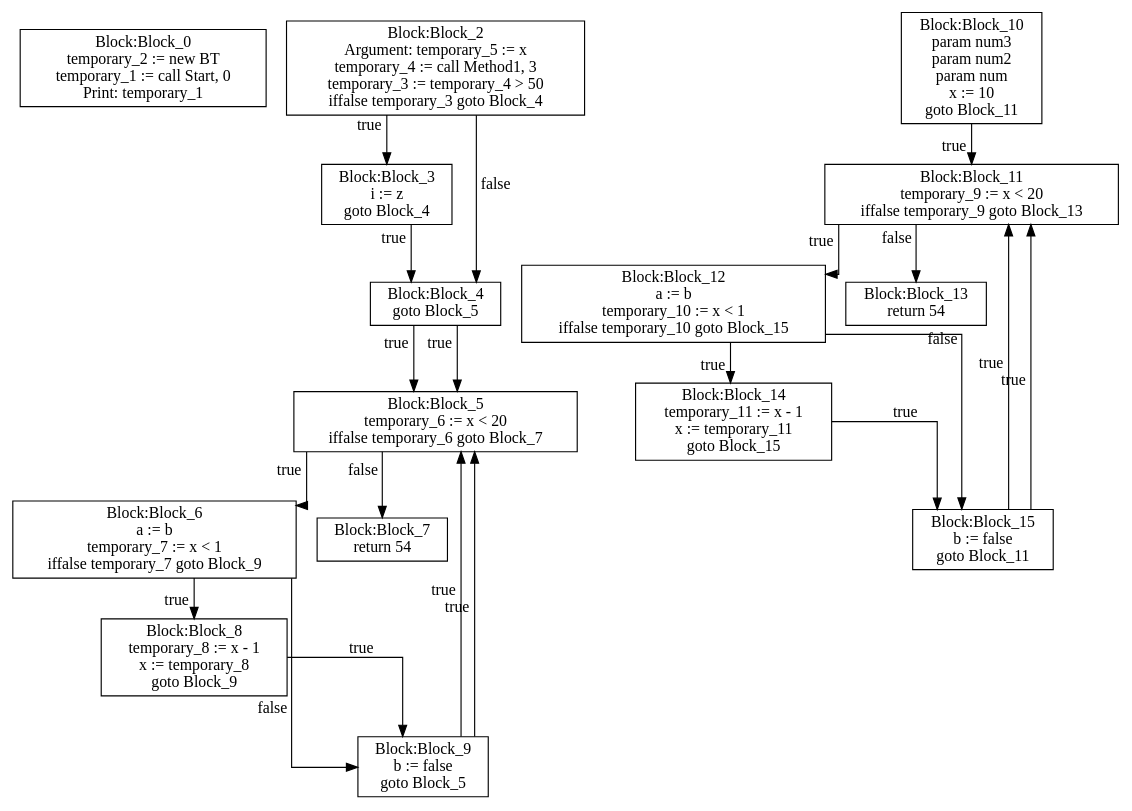
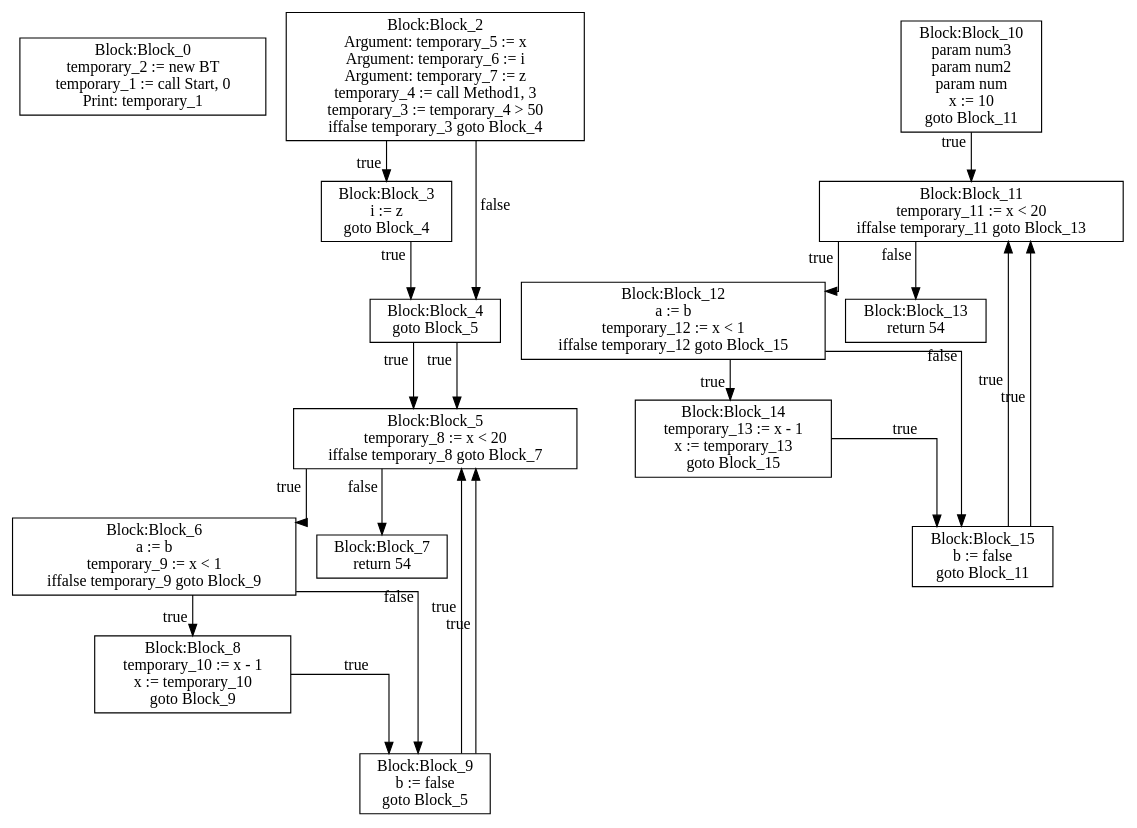
Before and after one commit to moondog-matthew/compiler-dv1655: the diagram in lab3/CFG-tree.dot, drawn with Graphviz. The commit also changed 3 other files, not shown here.

```diff
--- a/lab3/CFG-tree.dot
+++ b/lab3/CFG-tree.dot
@@ -1,84 +1,86 @@
 digraph {
 graph [ splines = ortho ]
 	node [ shape = box ];
 Block_0 [label="Block:Block_0
 temporary_2 := new BT
 temporary_1 := call Start, 0
 Print: temporary_1"];
 Block_2 [label="Block:Block_2
 Argument: temporary_5 := x
+Argument: temporary_6 := i
+Argument: temporary_7 := z
 temporary_4 := call Method1, 3
 temporary_3 := temporary_4 > 50
 iffalse temporary_3 goto Block_4"];
 Block_2 -> Block_3 [xlabel = "true"]
 Block_3 [label="Block:Block_3
 i := z
 goto Block_4"];
 Block_3 -> Block_4 [xlabel = "true"]
 Block_4 [label="Block:Block_4
 goto Block_5"];
 Block_4 -> Block_5 [xlabel = "true"]
 Block_5 [label="Block:Block_5
-temporary_6 := x < 20
-iffalse temporary_6 goto Block_7"];
+temporary_8 := x < 20
+iffalse temporary_8 goto Block_7"];
 Block_5 -> Block_6 [xlabel = "true"]
 Block_6 [label="Block:Block_6
 a := b
-temporary_7 := x < 1
-iffalse temporary_7 goto Block_9"];
+temporary_9 := x < 1
+iffalse temporary_9 goto Block_9"];
 Block_6 -> Block_8 [xlabel = "true"]
 Block_8 [label="Block:Block_8
-temporary_8 := x - 1
-x := temporary_8
+temporary_10 := x - 1
+x := temporary_10
 goto Block_9"];
 Block_8 -> Block_9 [xlabel = "true"]
 Block_9 [label="Block:Block_9
 b := false
 goto Block_5"];
 Block_9 -> Block_5 [xlabel = "true"]
 Block_6 -> Block_9 [xlabel = "false"]
 Block_9 [label="Block:Block_9
 b := false
 goto Block_5"];
 Block_9 -> Block_5 [xlabel = "true"]
 Block_5 -> Block_7 [xlabel = "false"]
 Block_7 [label="Block:Block_7
 return 54"];
 Block_2 -> Block_4 [xlabel = "false"]
 Block_4 [label="Block:Block_4
 goto Block_5"];
 Block_4 -> Block_5 [xlabel = "true"]
 Block_10 [label="Block:Block_10
 param num3
 param num2
 param num
 x := 10
 goto Block_11"];
 Block_10 -> Block_11 [xlabel = "true"]
 Block_11 [label="Block:Block_11
-temporary_9 := x < 20
-iffalse temporary_9 goto Block_13"];
+temporary_11 := x < 20
+iffalse temporary_11 goto Block_13"];
 Block_11 -> Block_12 [xlabel = "true"]
 Block_12 [label="Block:Block_12
 a := b
-temporary_10 := x < 1
-iffalse temporary_10 goto Block_15"];
+temporary_12 := x < 1
+iffalse temporary_12 goto Block_15"];
 Block_12 -> Block_14 [xlabel = "true"]
 Block_14 [label="Block:Block_14
-temporary_11 := x - 1
-x := temporary_11
+temporary_13 := x - 1
+x := temporary_13
 goto Block_15"];
 Block_14 -> Block_15 [xlabel = "true"]
 Block_15 [label="Block:Block_15
 b := false
 goto Block_11"];
 Block_15 -> Block_11 [xlabel = "true"]
 Block_12 -> Block_15 [xlabel = "false"]
 Block_15 [label="Block:Block_15
 b := false
 goto Block_11"];
 Block_15 -> Block_11 [xlabel = "true"]
 Block_11 -> Block_13 [xlabel = "false"]
 Block_13 [label="Block:Block_13
 return 54"];
 }
```
